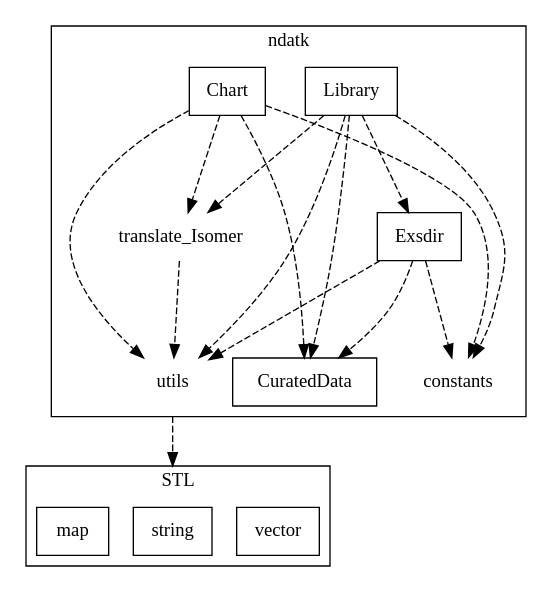
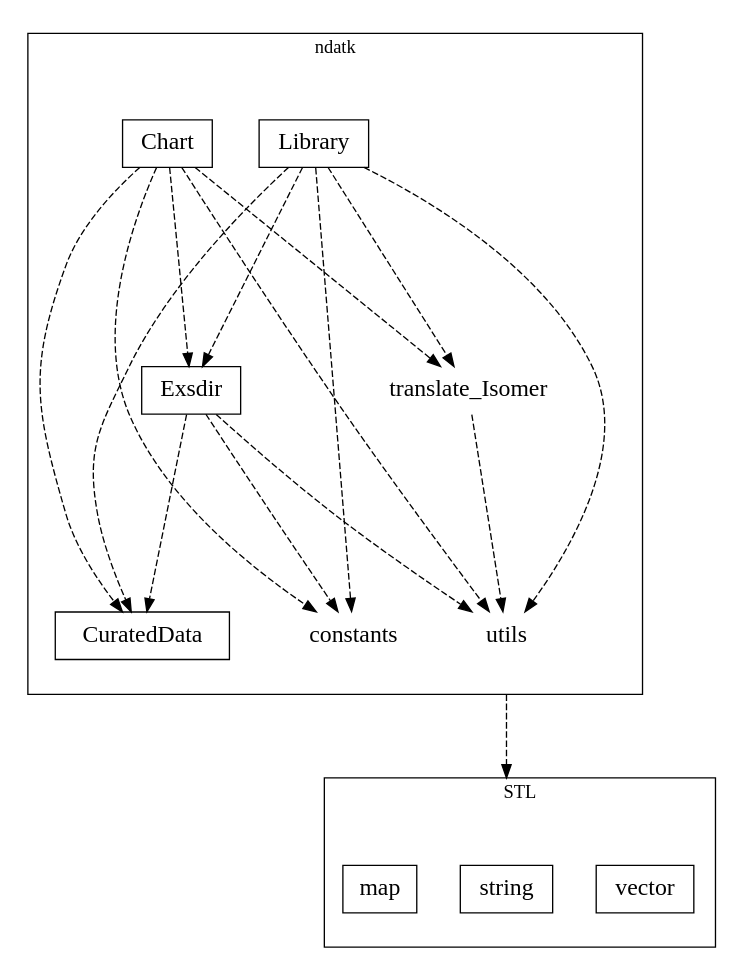
Before and after one commit to lanl/NDATK: the diagram in doc/package.dot, drawn with Graphviz. The commit also changed 22 other files, not shown here.

```diff
--- a/doc/package.dot
+++ b/doc/package.dot
@@ -1,39 +1,43 @@
 digraph Package {
-
+        size="7.5,10";
+        center=1;
+        ratio=fill
+        node[fontsize=18];
         compound=true;
         edge[style=dashed,minlen=2];
 
         subgraph cluster0 {
                  label="ndatk";
                  Chart[shape=box];
                  Library[shape=box];
                  Exsdir[shape=box];
                  CuratedData[shape=box];
                  constants[shape=plaintext];
                  utils[shape=plaintext];
                  translate_Isomer[shape=plaintext];
                  Library -> translate_Isomer;
                  Library -> constants;
                  Library -> utils;
                  Library -> CuratedData;
                  Library -> Exsdir;
 
                  Chart -> translate_Isomer;
                  Chart -> constants;
                  Chart -> utils;
                  Chart -> CuratedData;
+                 Chart -> Exsdir;
 
                  Exsdir -> constants;
                  Exsdir -> utils;
                  Exsdir -> CuratedData;
         
                 translate_Isomer -> utils;
         }
         subgraph cluster1 {
                  label="STL";
                  vector[shape=box];
                  string[shape=box];
                  map[shape=box];
         }
         utils -> string[ltail=cluster0,lhead=cluster1];
 }
```
